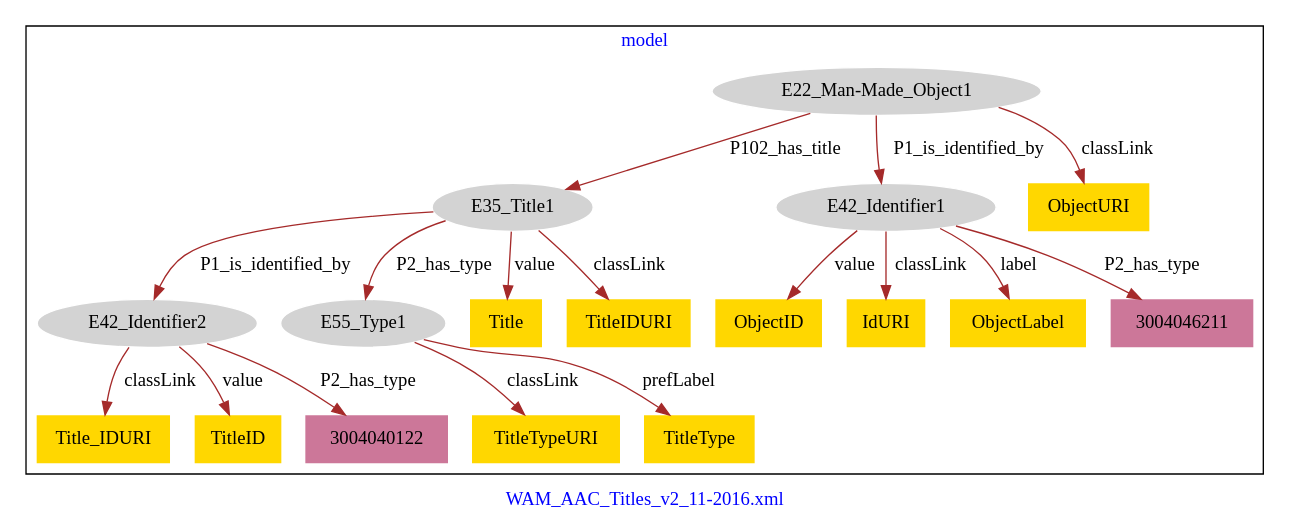
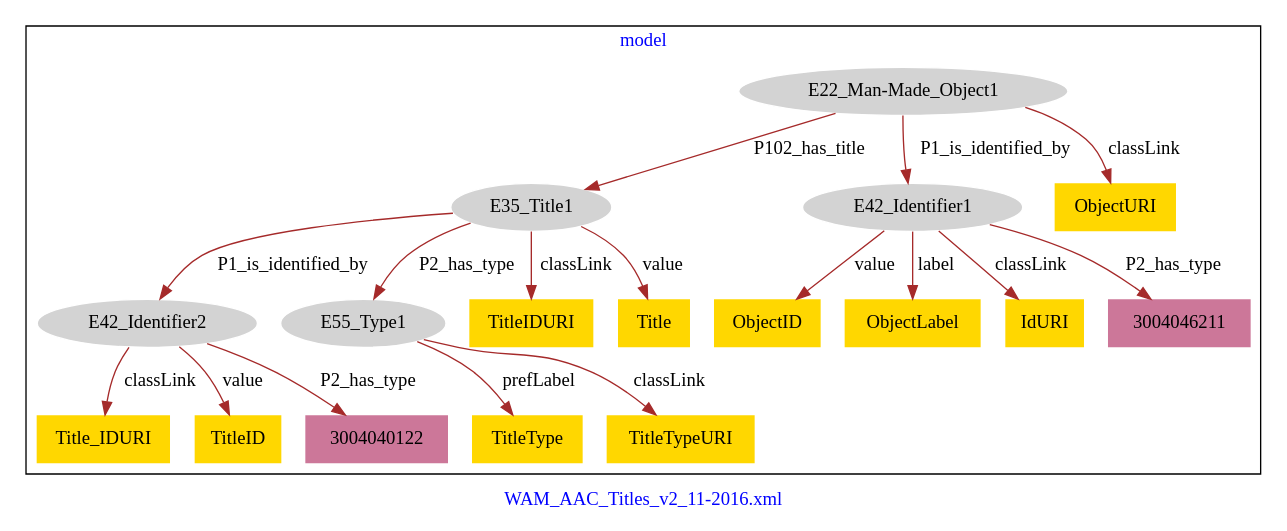
One commit to american-art/wam changed the diagram in WAM_AAC_Titles/WAM_AAC_OtherTitles-model.dot. Above: the diagram before and after it, drawn with Graphviz. The commit also changed 25 other files, not shown here.

```diff
--- a/WAM_AAC_Titles/WAM_AAC_OtherTitles-model.dot
+++ b/WAM_AAC_Titles/WAM_AAC_OtherTitles-model.dot
@@ -1,41 +1,41 @@
 digraph n0 {
 fontcolor="blue"
 remincross="true"
 label="WAM_AAC_Titles_v2_11-2016.xml"
 subgraph cluster {
 label="model"
 n2[style="filled",color="white",fillcolor="lightgray",label="E22_Man-Made_Object1"];
 n3[style="filled",color="white",fillcolor="lightgray",label="E35_Title1"];
 n4[style="filled",color="white",fillcolor="lightgray",label="E42_Identifier1"];
 n5[style="filled",color="white",fillcolor="lightgray",label="E42_Identifier2"];
 n6[style="filled",color="white",fillcolor="lightgray",label="E55_Type1"];
-n7[shape="plaintext",style="filled",fillcolor="gold",label="ObjectID"];
-n8[shape="plaintext",style="filled",fillcolor="gold",label="Title"];
-n9[shape="plaintext",style="filled",fillcolor="gold",label="TitleIDURI"];
-n10[shape="plaintext",style="filled",fillcolor="gold",label="TitleTypeURI"];
-n11[shape="plaintext",style="filled",fillcolor="gold",label="IdURI"];
-n12[shape="plaintext",style="filled",fillcolor="gold",label="ObjectLabel"];
-n13[shape="plaintext",style="filled",fillcolor="gold",label="Title_IDURI"];
-n14[shape="plaintext",style="filled",fillcolor="gold",label="TitleType"];
-n15[shape="plaintext",style="filled",fillcolor="gold",label="ObjectURI"];
-n16[shape="plaintext",style="filled",fillcolor="gold",label="TitleID"];
+n7[shape="plaintext",style="filled",fillcolor="gold",label="Title_IDURI"];
+n8[shape="plaintext",style="filled",fillcolor="gold",label="TitleIDURI"];
+n9[shape="plaintext",style="filled",fillcolor="gold",label="ObjectID"];
+n10[shape="plaintext",style="filled",fillcolor="gold",label="ObjectLabel"];
+n11[shape="plaintext",style="filled",fillcolor="gold",label="Title"];
+n12[shape="plaintext",style="filled",fillcolor="gold",label="TitleID"];
+n13[shape="plaintext",style="filled",fillcolor="gold",label="TitleType"];
+n14[shape="plaintext",style="filled",fillcolor="gold",label="IdURI"];
+n15[shape="plaintext",style="filled",fillcolor="gold",label="TitleTypeURI"];
+n16[shape="plaintext",style="filled",fillcolor="gold",label="ObjectURI"];
 n17[shape="plaintext",style="filled",fillcolor="#CC7799",label="3004040122"];
 n18[shape="plaintext",style="filled",fillcolor="#CC7799",label="3004046211"];
 }
 n2 -> n3[color="brown",fontcolor="black",label="P102_has_title"]
 n2 -> n4[color="brown",fontcolor="black",label="P1_is_identified_by"]
 n3 -> n5[color="brown",fontcolor="black",label="P1_is_identified_by"]
 n3 -> n6[color="brown",fontcolor="black",label="P2_has_type"]
-n4 -> n7[color="brown",fontcolor="black",label="value"]
-n3 -> n8[color="brown",fontcolor="black",label="value"]
-n3 -> n9[color="brown",fontcolor="black",label="classLink"]
-n6 -> n10[color="brown",fontcolor="black",label="classLink"]
-n4 -> n11[color="brown",fontcolor="black",label="classLink"]
-n4 -> n12[color="brown",fontcolor="black",label="label"]
-n5 -> n13[color="brown",fontcolor="black",label="classLink"]
-n6 -> n14[color="brown",fontcolor="black",label="prefLabel"]
-n2 -> n15[color="brown",fontcolor="black",label="classLink"]
-n5 -> n16[color="brown",fontcolor="black",label="value"]
+n5 -> n7[color="brown",fontcolor="black",label="classLink"]
+n3 -> n8[color="brown",fontcolor="black",label="classLink"]
+n4 -> n9[color="brown",fontcolor="black",label="value"]
+n4 -> n10[color="brown",fontcolor="black",label="label"]
+n3 -> n11[color="brown",fontcolor="black",label="value"]
+n5 -> n12[color="brown",fontcolor="black",label="value"]
+n6 -> n13[color="brown",fontcolor="black",label="prefLabel"]
+n4 -> n14[color="brown",fontcolor="black",label="classLink"]
+n6 -> n15[color="brown",fontcolor="black",label="classLink"]
+n2 -> n16[color="brown",fontcolor="black",label="classLink"]
 n5 -> n17[color="brown",fontcolor="black",label="P2_has_type"]
 n4 -> n18[color="brown",fontcolor="black",label="P2_has_type"]
 }
```
